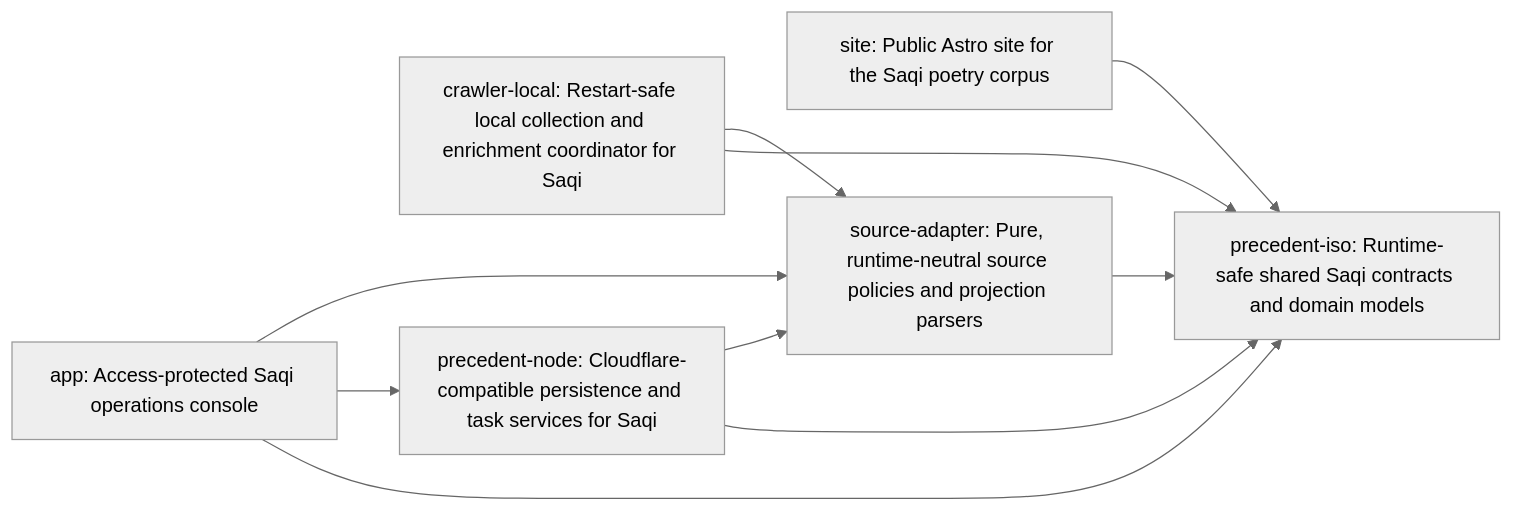
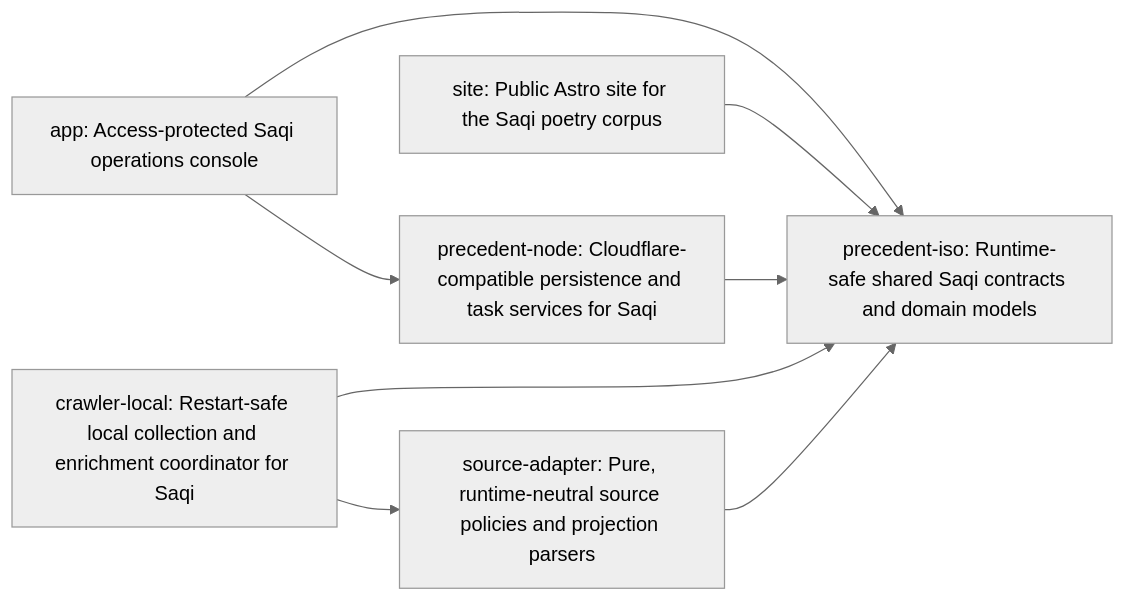
Before and after one commit to saqi-app/saqi: the diagram in typescript/packages/site/public/docs/diagrams/packages.mmd, drawn with Mermaid (neutral theme). The commit also changed 157 other files, not shown here.

```diff
--- a/typescript/packages/site/public/docs/diagrams/packages.mmd
+++ b/typescript/packages/site/public/docs/diagrams/packages.mmd
@@ -1,16 +1,14 @@
 flowchart LR
   app["app: Access-protected Saqi operations console"]
   crawler_local["crawler-local: Restart-safe local collection and enrichment coordinator for Saqi"]
   precedent_iso["precedent-iso: Runtime-safe shared Saqi contracts and domain models"]
   precedent_node["precedent-node: Cloudflare-compatible persistence and task services for Saqi"]
   site["site: Public Astro site for the Saqi poetry corpus"]
   source_adapter["source-adapter: Pure, runtime-neutral source policies and projection parsers"]
   app --> precedent_iso
   app --> precedent_node
-  app --> source_adapter
   crawler_local --> precedent_iso
   crawler_local --> source_adapter
   precedent_node --> precedent_iso
-  precedent_node --> source_adapter
   site --> precedent_iso
   source_adapter --> precedent_iso
```
